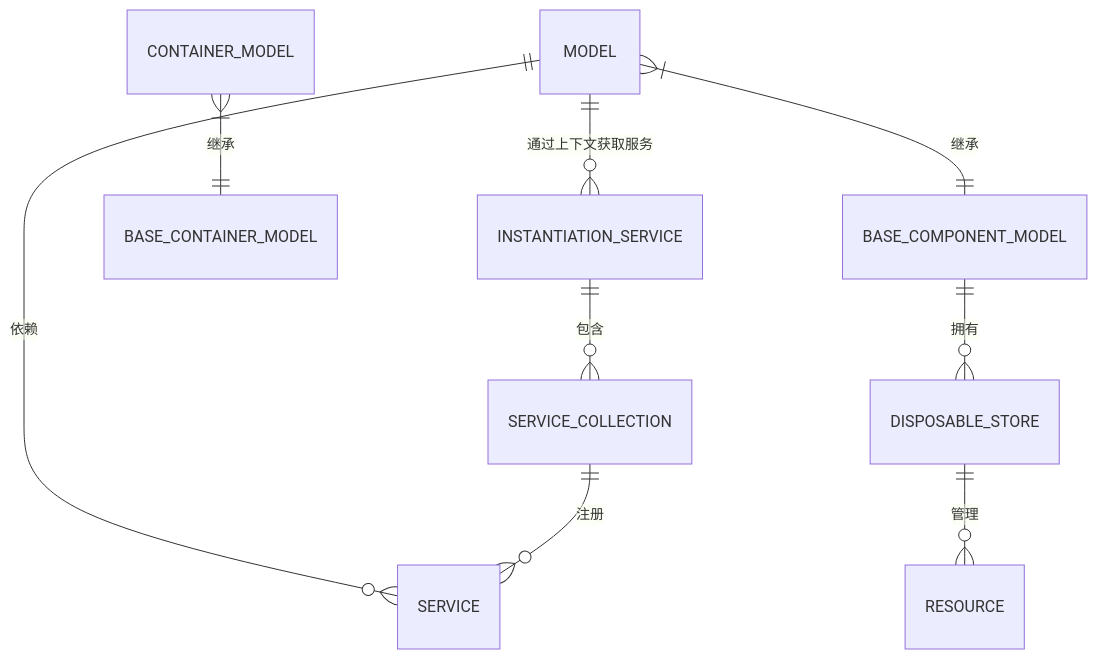
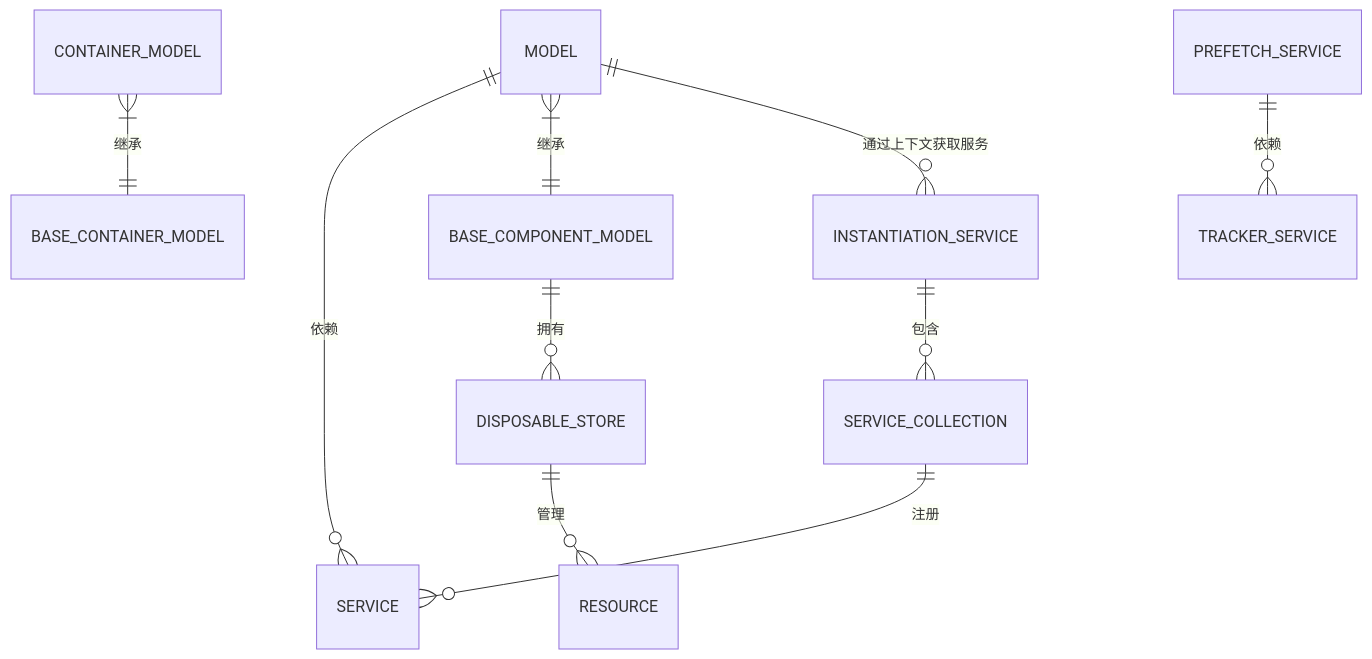
Before and after one commit to pomeloneo/mobile-builder-arch-demo: the fifth of 5 diagrams in .qoder/repowiki/zh/content/核心概念/组件模型.md, drawn with Mermaid. The commit also changed other lines of this file and 211 other files, not shown here.

````diff
--- a/.qoder/repowiki/zh/content/核心概念/组件模型.md
+++ b/.qoder/repowiki/zh/content/核心概念/组件模型.md
@@ -173,11 +195,12 @@
 ```mermaid
 erDiagram
 MODEL ||--o{ SERVICE : "依赖"
 MODEL }|--|| BASE_COMPONENT_MODEL : "继承"
 CONTAINER_MODEL }|--|| BASE_CONTAINER_MODEL : "继承"
 BASE_COMPONENT_MODEL ||--o{ DISPOSABLE_STORE : "拥有"
 DISPOSABLE_STORE ||--o{ RESOURCE : "管理"
 INSTANTIATION_SERVICE ||--o{ SERVICE_COLLECTION : "包含"
 SERVICE_COLLECTION ||--o{ SERVICE : "注册"
 MODEL ||--o{ INSTANTIATION_SERVICE : "通过上下文获取服务"
+PREFETCH_SERVICE ||--o{ TRACKER_SERVICE : "依赖"
 ```
````
